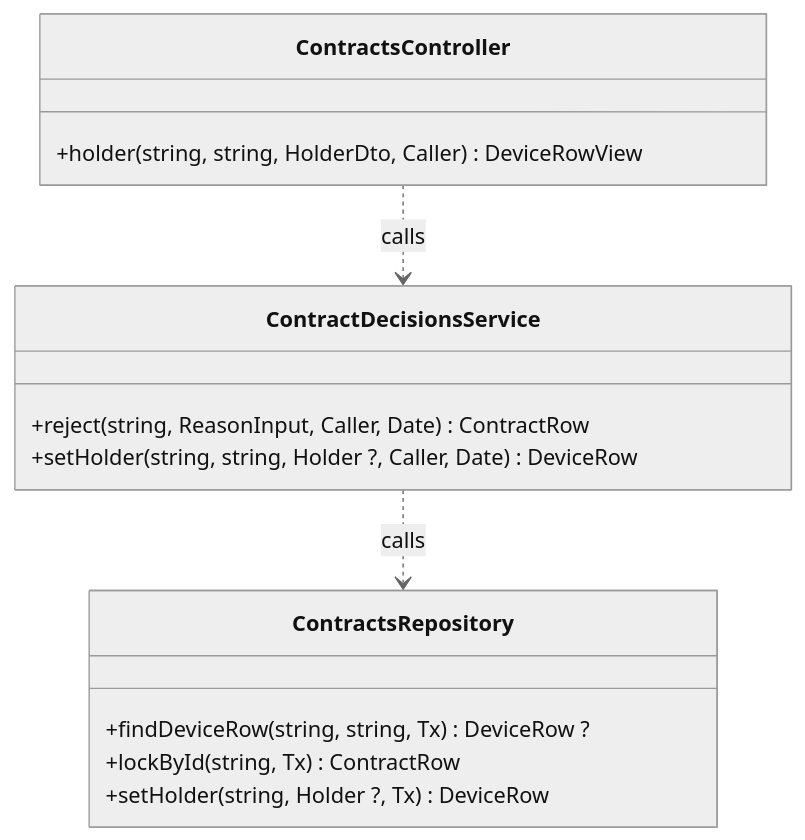
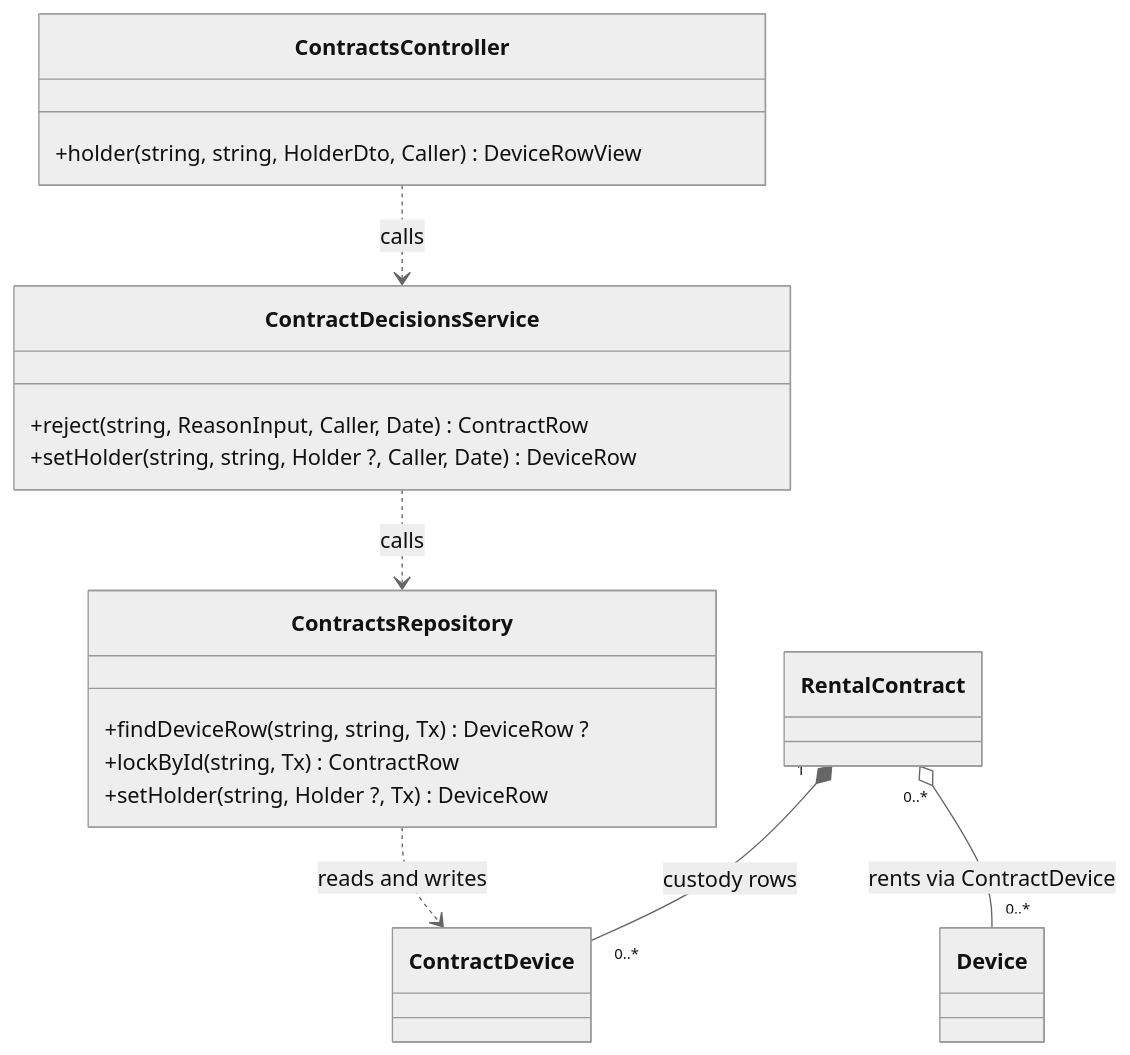
One commit to TrekLink-Team/treklink-web changed the tenth of 29 diagrams in specs/rentals/design.md. Above: the diagram before and after it, drawn with Mermaid (neutral theme). The commit also changed other lines of this file and 7 other files, not shown here.

First line of the commit message:
docs: add code-backed UML class relations and split views

````diff
--- a/specs/rentals/design.md
+++ b/specs/rentals/design.md
@@ -529,18 +590,28 @@
 ```mermaid
 classDiagram
     direction TB
     class ContractsController {
         +holder(string, string, HolderDto, Caller) DeviceRowView
     }
     class ContractDecisionsService {
         +reject(string, ReasonInput, Caller, Date) ContractRow
         +setHolder(string, string, Holder ?, Caller, Date) DeviceRow
     }
     class ContractsRepository {
         +findDeviceRow(string, string, Tx) DeviceRow ?
         +lockById(string, Tx) ContractRow
         +setHolder(string, Holder ?, Tx) DeviceRow
     }
     ContractDecisionsService ..> ContractsRepository : calls
     ContractsController ..> ContractDecisionsService : calls
+
+    class RentalContract
+    class ContractDevice
+    class Device
+    %% backend/prisma/schema.prisma:1218-1253; exclusive contract rows; backend/src/modules/rentals/contracts.repository.ts:258; rows cannot outlive the retained contract. Restrict, not Cascade.
+    RentalContract "1" *-- "0..*" ContractDevice : custody rows
+    %% backend/prisma/schema.prisma:1221-1223,1253; devices are reusable assets; at most one live custody row, many historical contracts.
+    RentalContract "0..*" o-- "0..*" Device : rents via ContractDevice
+    %% backend/src/modules/rentals/contracts.repository.ts:258; operations work on the contract custody row.
+    ContractsRepository ..> ContractDevice : reads and writes
 ```
````
